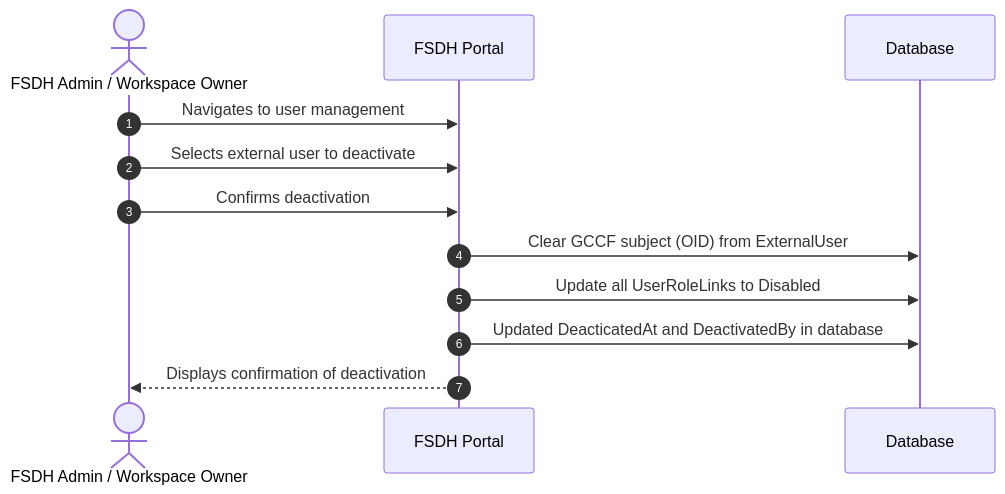
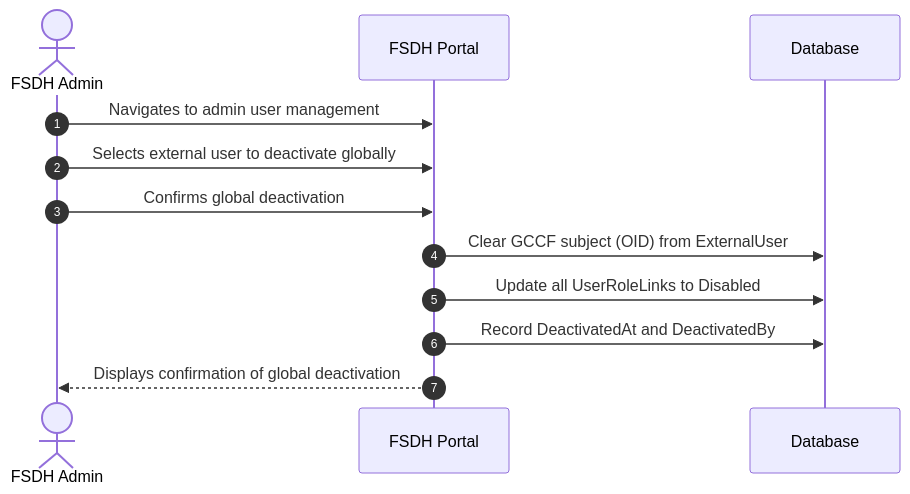
Before and after one commit to ssc-sp/datahub-docs: diagram 12 of 12 in DeveloperGuide/GCCF/oidc_flow.md, drawn with Mermaid. The commit also changed other lines of this file, not shown here.

Commit message:
updated deactivation flows

````diff
--- a/DeveloperGuide/GCCF/oidc_flow.md
+++ b/DeveloperGuide/GCCF/oidc_flow.md
@@ -318,15 +344,15 @@
 ```mermaid
 sequenceDiagram
-    actor Admin as FSDH Admin / Workspace Owner
+    actor Admin as FSDH Admin
     participant FSDH as FSDH Portal
     participant DB as Database
 
     autonumber
-    Admin->>FSDH: Navigates to user management
-    Admin->>FSDH: Selects external user to deactivate
-    Admin->>FSDH: Confirms deactivation
+    Admin->>FSDH: Navigates to admin user management
+    Admin->>FSDH: Selects external user to deactivate globally
+    Admin->>FSDH: Confirms global deactivation
     FSDH->>DB: Clear GCCF subject (OID) from ExternalUser
     FSDH->>DB: Update all UserRoleLinks to Disabled
-    FSDH->>DB: Updated DeacticatedAt and DeactivatedBy in database
-    FSDH-->>Admin: Displays confirmation of deactivation
+    FSDH->>DB: Record DeactivatedAt and DeactivatedBy
+    FSDH-->>Admin: Displays confirmation of global deactivation
 ```
````
